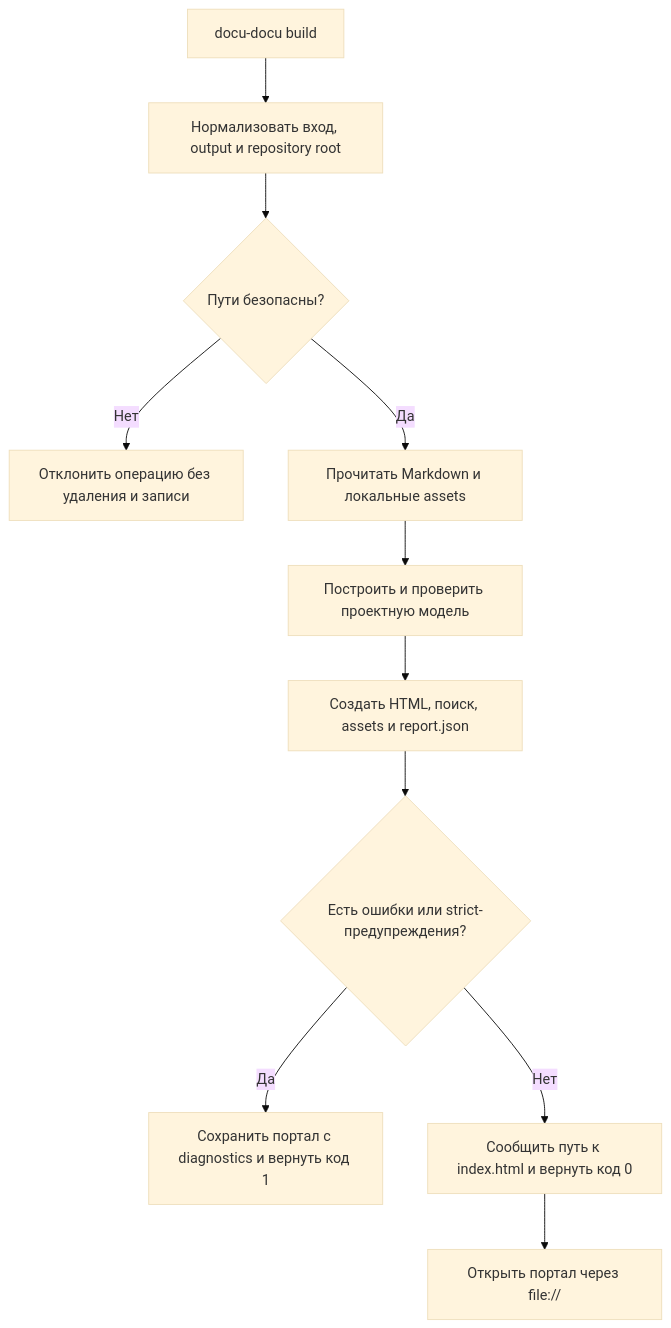
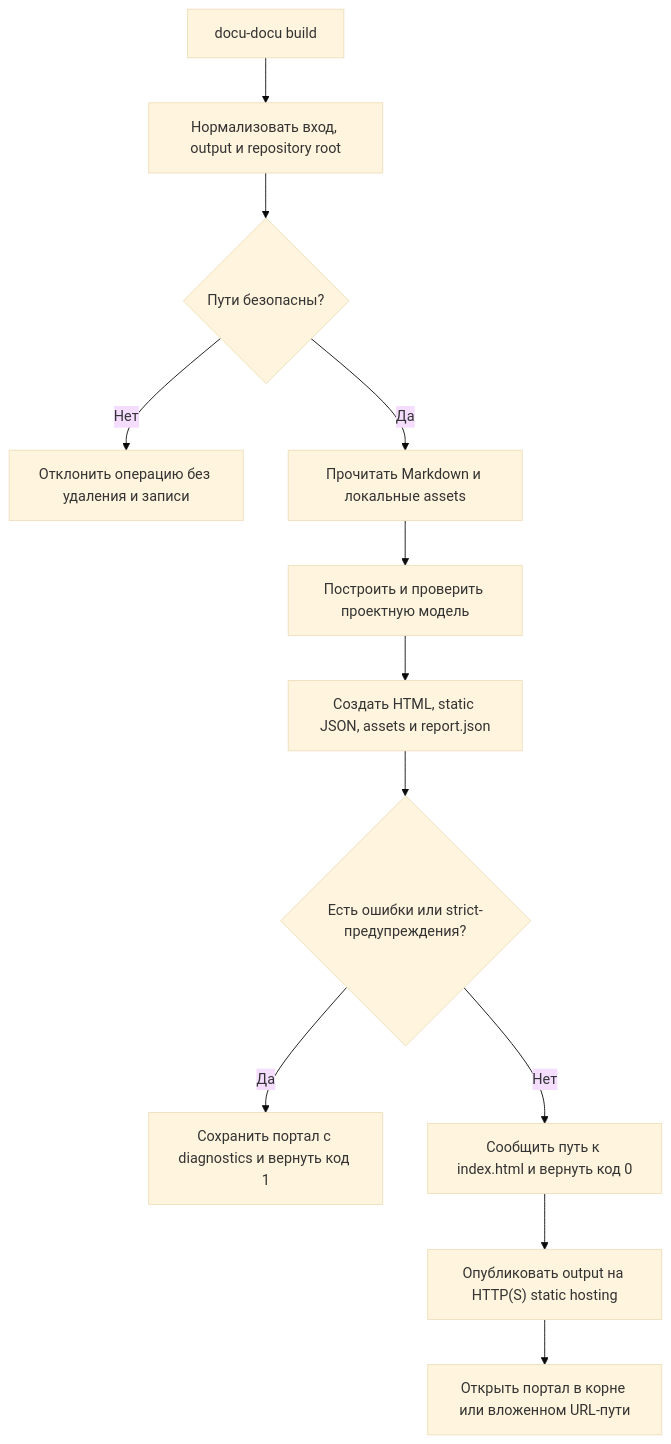
One commit to lumenikoly/toudocu changed the diagram in docs/flows/FLOW-DOCS-BUILD.md. Above: the diagram before and after it, drawn with Mermaid (base theme). The commit also changed other lines of this file and 694 other files, not shown here.

````diff
--- a/docs/flows/FLOW-DOCS-BUILD.md
+++ b/docs/flows/FLOW-DOCS-BUILD.md
@@ -14,13 +14,14 @@
 ```mermaid
 flowchart TD
     Start["docu-docu build"] --> Resolve["Нормализовать вход, output и repository root"]
     Resolve --> Safe{"Пути безопасны?"}
     Safe -->|Нет| Reject["Отклонить операцию без удаления и записи"]
     Safe -->|Да| Read["Прочитать Markdown и локальные assets"]
     Read --> Model["Построить и проверить проектную модель"]
-    Model --> Generate["Создать HTML, поиск, assets и report.json"]
+    Model --> Generate["Создать HTML, static JSON, assets и report.json"]
     Generate --> Result{"Есть ошибки или strict-предупреждения?"}
     Result -->|Да| Failed["Сохранить портал с diagnostics и вернуть код 1"]
     Result -->|Нет| Ready["Сообщить путь к index.html и вернуть код 0"]
-    Ready --> Open["Открыть портал через file://"]
+    Ready --> Publish["Опубликовать output на HTTP(S) static hosting"]
+    Publish --> Open["Открыть портал в корне или вложенном URL-пути"]
 ```
````
